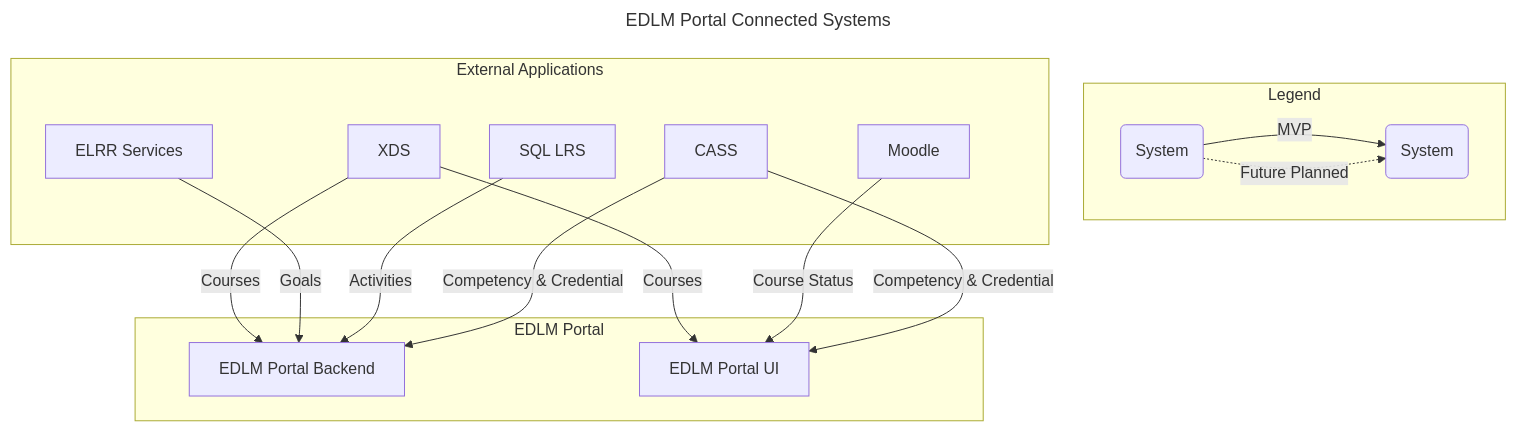
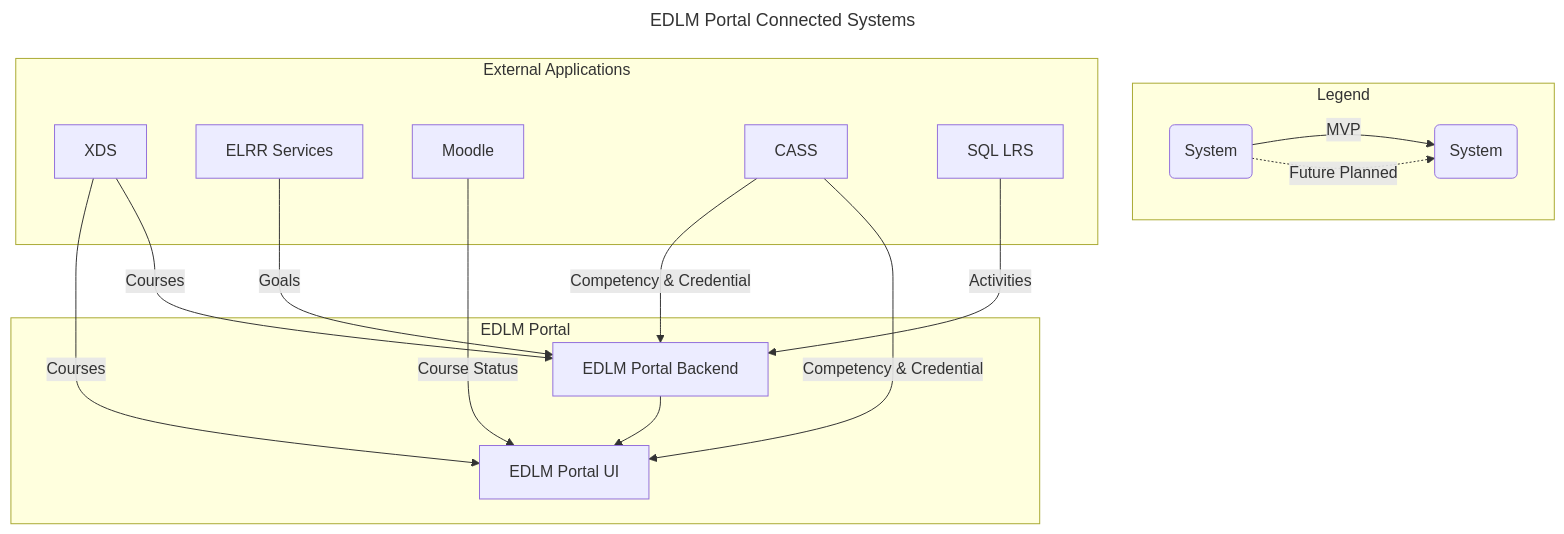
The diagram in README.md (adlnet/edlm-portal-backend), drawn with Mermaid before and after one commit.

Commit message:
add connection from BE to UI

````diff
--- a/README.md
+++ b/README.md
@@ -6,26 +6,27 @@
 ```mermaid
 ---
 title: EDLM Portal Connected Systems
 ---
 graph TD;
         subgraph Legend
                 1("System")-->|MVP|2("System");
                 1("System")-.->|Future Planned|2("System");
         end
         subgraph External Applications
                 XDS;
                 ELRR[ELRR Services];
                 Moodle;
                 CASS;
                 LRS[SQL LRS];
         end
         subgraph EDLM Portal
                 BE[EDLM Portal Backend];
                 UI[EDLM Portal UI];
         end
         XDS-->|Courses|BE & UI;
         ELRR-->|Goals|BE;
         LRS-->|Activities|BE;
         Moodle-->|Course Status|UI;
         CASS-->|Competency & Credential|UI & BE;
+        BE-->UI;
 ```
````
